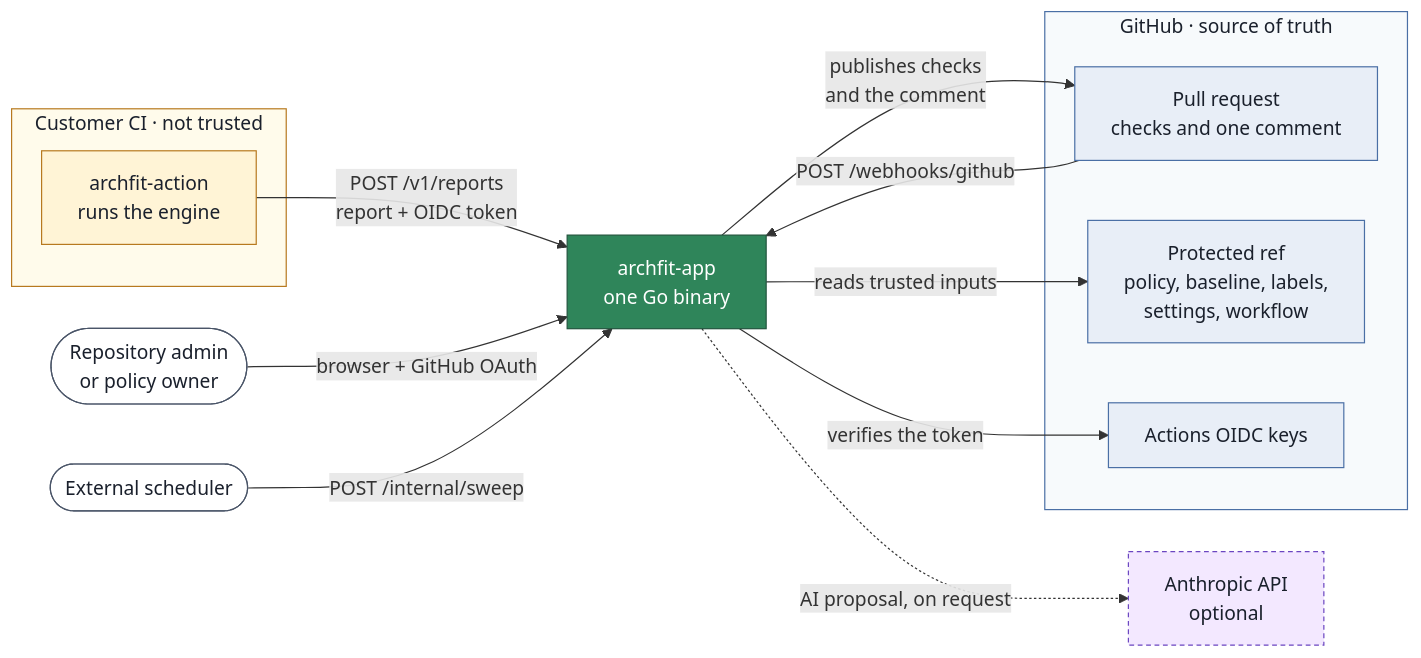
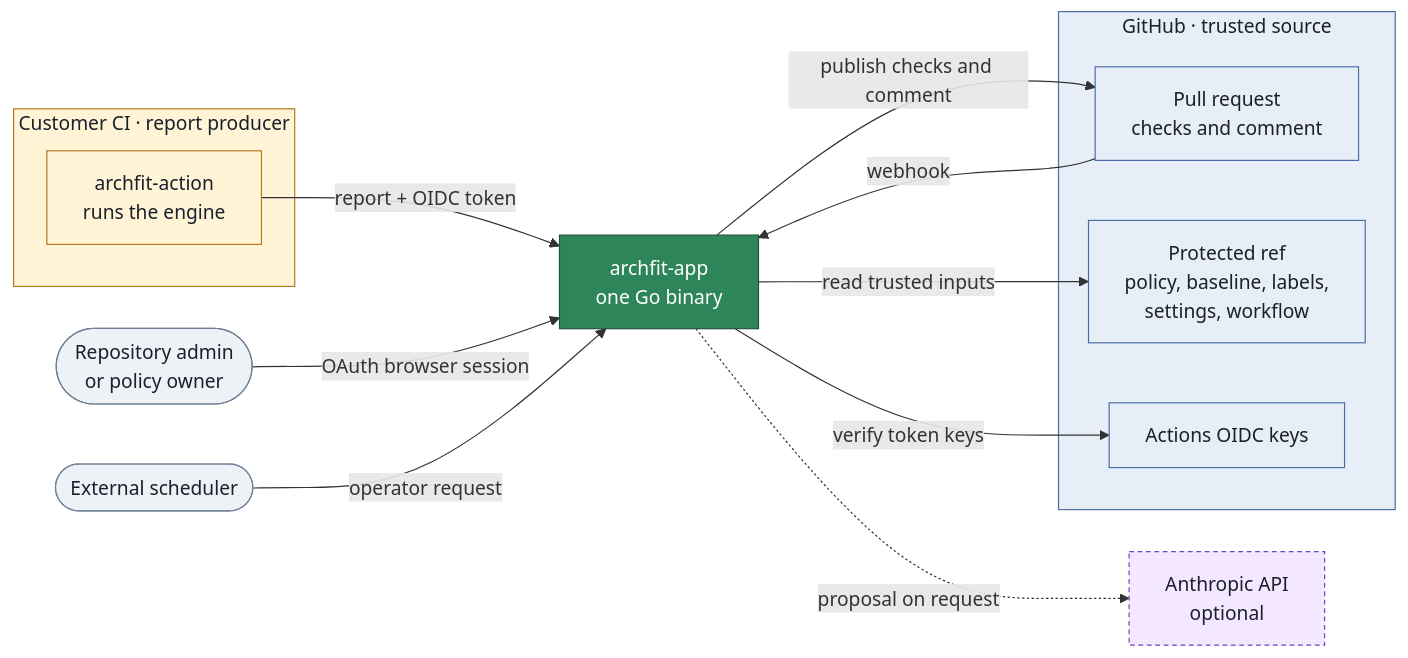
One commit to coupling-dev/archfit-app changed the first of 4 diagrams in docs/architecture.md. Above: the diagram before and after it, drawn with Mermaid. The commit also changed other lines of this file and 12 other files, not shown here.

````diff
--- a/docs/architecture.md
+++ b/docs/architecture.md
@@ -23,42 +22,42 @@
 ```mermaid
 flowchart LR
     USER(["Repository admin<br/>or policy owner"])
     SCHED(["External scheduler"])
 
-    subgraph CI["Customer CI · not trusted"]
+    subgraph CI["Customer CI · report producer"]
         ACT["archfit-action<br/>runs the engine"]
     end
 
-    subgraph GH["GitHub · source of truth"]
-        PR["Pull request<br/>checks and one comment"]
+    subgraph GH["GitHub · trusted source"]
+        PR["Pull request<br/>checks and comment"]
         REF["Protected ref<br/>policy, baseline, labels,<br/>settings, workflow"]
         OIDC["Actions OIDC keys"]
     end
 
     APP["archfit-app<br/>one Go binary"]
     LLM["Anthropic API<br/>optional"]
 
-    ACT -- "POST /v1/reports<br/>report + OIDC token" --> APP
-    PR -- "POST /webhooks/github" --> APP
-    APP -- "reads trusted inputs" --> REF
-    APP -- "verifies the token" --> OIDC
-    APP -- "publishes checks<br/>and the comment" --> PR
-    USER -- "browser + GitHub OAuth" --> APP
-    SCHED -- "POST /internal/sweep" --> APP
-    APP -. "AI proposal, on request" .-> LLM
+    ACT -->|"report + OIDC token"| APP
+    PR -->|"webhook"| APP
+    APP -->|"read trusted inputs"| REF
+    APP -->|"verify token keys"| OIDC
+    APP -->|"publish checks and comment"| PR
+    USER -->|"OAuth browser session"| APP
+    SCHED -->|"operator request"| APP
+    APP -.->|"proposal on request"| LLM
 
-    classDef untrusted fill:#fff4d6,stroke:#b7791f,color:#1a202c
-    classDef github fill:#e8eef7,stroke:#4a6fa5,color:#1a202c
-    classDef app fill:#2f855a,stroke:#22543d,color:#ffffff
+    classDef core fill:#2f855a,stroke:#22543d,color:#ffffff
+    classDef control fill:#e8eef7,stroke:#4a6fa5,color:#1a202c
+    classDef nottrusted fill:#fff4d6,stroke:#b7791f,color:#1a202c
     classDef optional fill:#f3e8ff,stroke:#6b46c1,color:#1a202c,stroke-dasharray:4 3
-    classDef actor fill:#ffffff,stroke:#4a5568,color:#1a202c
+    classDef neutral fill:#edf2f7,stroke:#718096,color:#1a202c
 
-    class ACT untrusted
-    class PR,REF,OIDC github
-    class APP app
+    class APP core
+    class PR,REF,OIDC control
+    class ACT nottrusted
     class LLM optional
-    class USER,SCHED actor
+    class USER,SCHED neutral
 
-    style CI fill:#fffbeb,stroke:#b7791f,color:#1a202c
-    style GH fill:#f7fafc,stroke:#4a6fa5,color:#1a202c
+    style CI fill:#fff4d6,stroke:#b7791f,color:#1a202c
+    style GH fill:#e8eef7,stroke:#4a6fa5,color:#1a202c
 ```
````
